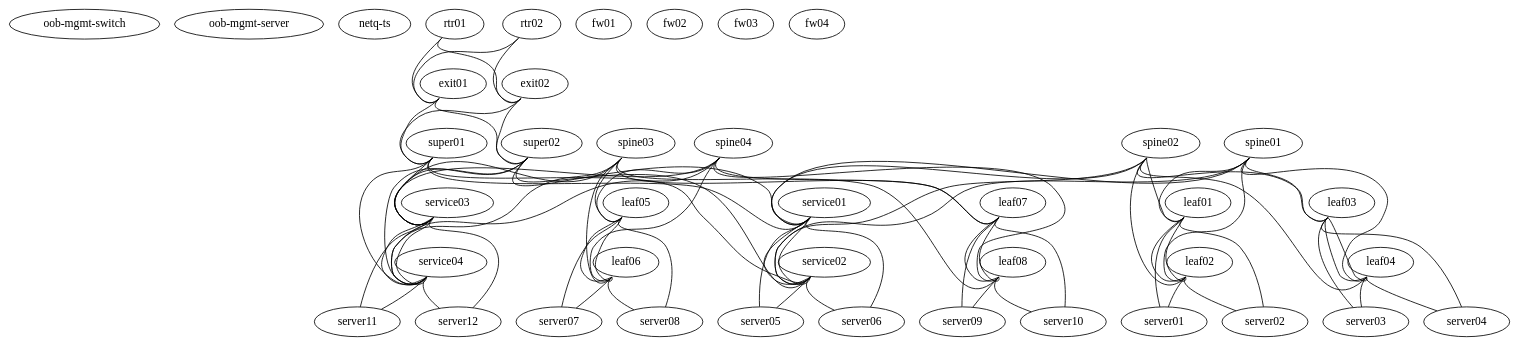
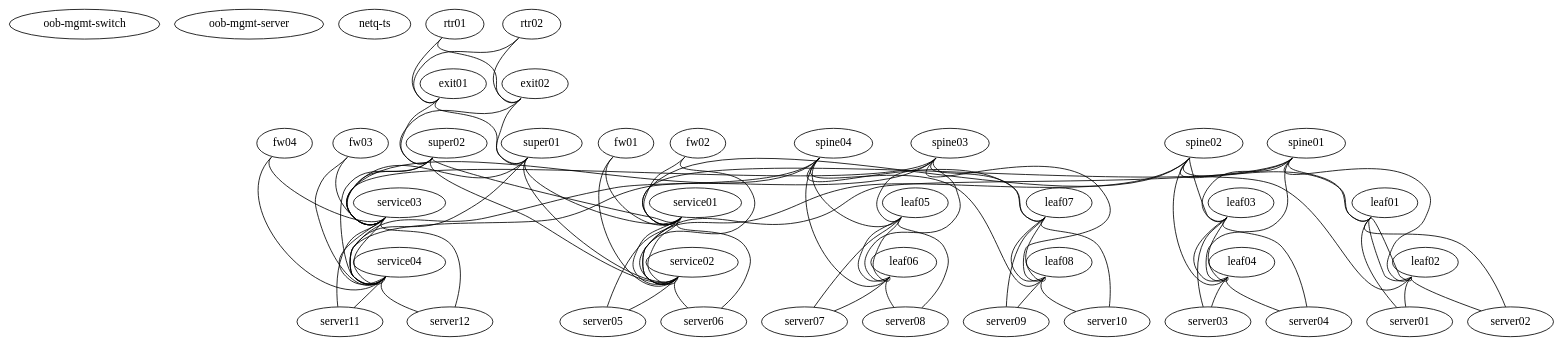
Before and after one commit to dsiunicaen/cl-piat: the diagram in vx-simulation/cl-piat.dot, drawn with Graphviz. The commit also changed 5 other files, not shown here.

```diff
--- a/vx-simulation/cl-piat.dot
+++ b/vx-simulation/cl-piat.dot
@@ -1,130 +1,140 @@
 graph dc {
    "oob-mgmt-switch"  [function="oob-switch" mgmt_ip="192.168.200.2"]
    "oob-mgmt-server"  [function="oob-server" mgmt_ip="192.168.200.1"]
    "netq-ts"   [function="host" mgmt_ip="192.168.200.250" memory="65535" os="cumulus/ts"]
 
    "rtr01"  [function="exit"]
    "rtr02"  [function="exit"]
    "exit01"  [function="exit"]
    "exit02"  [function="exit"]
    "super01"  [function="spine"]
    "super02" [function="spine"]
    "spine01" [function="spine"]
    "spine02" [function="spine"]
    "spine03" [function="spine"]
    "spine04" [function="spine"]
    "fw01" [function="leaf"]
    "fw02" [function="leaf"]
    "fw03" [function="leaf"]
    "fw04" [function="leaf"]
    "leaf01" [function="leaf"]
    "leaf02" [function="leaf"]
    "leaf03" [function="leaf"]
    "leaf04" [function="leaf"]
    "leaf05" [function="leaf"]
    "leaf06" [function="leaf"]
    "leaf07" [function="leaf"]
    "leaf08" [function="leaf"]
    "service01" [function="exit"]
    "service02" [function="exit"]
    "service03" [function="exit"]
    "service04" [function="exit"]
    
    "server01" [function="host" os="generic/ubuntu1804"]
    "server02" [function="host" os="generic/ubuntu1804"]
    "server03" [function="host" os="generic/ubuntu1804"]
    "server04" [function="host" os="generic/ubuntu1804"]
    "server05" [function="host" os="generic/ubuntu1804"]
    "server06" [function="host" os="generic/ubuntu1804"]
    "server07" [function="host" os="generic/ubuntu1804"]
    "server08" [function="host" os="generic/ubuntu1804"]
    "server09" [function="host" os="generic/ubuntu1804"]
    "server10" [function="host" os="generic/ubuntu1804"]
    "server11" [function="host" os="generic/ubuntu1804"]
    "server12" [function="host" os="generic/ubuntu1804"]
 
-   "rtr01":"swp1" -- "exit01":"swp49"
-   "rtr02":"swp1" -- "exit01":"swp50"
-   "rtr01":"swp2" -- "exit02":"swp49"
-   "rtr02":"swp2" -- "exit02":"swp50"
+   "rtr01":"swp1" -- "exit01":"swp3"
+   "rtr02":"swp1" -- "exit01":"swp4"
+   "rtr01":"swp2" -- "exit02":"swp3"
+   "rtr02":"swp2" -- "exit02":"swp4"
    
-   "exit01":"swp1" -- "super01":"swp49"
-   "exit02":"swp1" -- "super01":"swp50"
-   "exit01":"swp2" -- "super02":"swp49"
-   "exit02":"swp2" -- "super02":"swp50"
+   "exit01":"swp1" -- "super01":"swp6"
+   "exit02":"swp1" -- "super01":"swp7"
+   "exit01":"swp2" -- "super02":"swp6"
+   "exit02":"swp2" -- "super02":"swp7"
    
-   "super01":"swp1" -- "service01":"swp51"
-   "super02":"swp1" -- "service01":"swp52"
-   "super01":"swp2" -- "service02":"swp51"
-   "super02":"swp2" -- "service02":"swp52"
-   "super01":"swp3" -- "service03":"swp51"
-   "super02":"swp3" -- "service03":"swp52"
-   "super01":"swp4" -- "service04":"swp51"
-   "super02":"swp4" -- "service04":"swp52"
+   "super01":"swp1" -- "service01":"swp53"
+   "super02":"swp1" -- "service01":"swp54"
+   "super01":"swp2" -- "service02":"swp53"
+   "super02":"swp2" -- "service02":"swp54"
+   "super01":"swp3" -- "service03":"swp53"
+   "super02":"swp3" -- "service03":"swp54"
+   "super01":"swp4" -- "service04":"swp53"
+   "super02":"swp4" -- "service04":"swp54"
 
-   "spine01":"swp1" -- "leaf01":"swp49"
-   "spine02":"swp1" -- "leaf01":"swp50"
-   "spine01":"swp2" -- "leaf02":"swp49"
-   "spine02":"swp2" -- "leaf02":"swp50"
-   "spine01":"swp3" -- "leaf03":"swp49"
-   "spine02":"swp3" -- "leaf03":"swp50"
-   "spine01":"swp4" -- "leaf04":"swp49"
-   "spine02":"swp4" -- "leaf04":"swp50"
-   "spine01":"swp5" -- "service01":"swp49"
-   "spine02":"swp5" -- "service01":"swp50"
-   "spine01":"swp6" -- "service02":"swp49"
-   "spine02":"swp6" -- "service02":"swp50"
+   "spine01":"swp1" -- "leaf01":"swp51"
+   "spine02":"swp1" -- "leaf01":"swp52"
+   "spine01":"swp2" -- "leaf02":"swp51"
+   "spine02":"swp2" -- "leaf02":"swp52"
+   "spine01":"swp3" -- "leaf03":"swp51"
+   "spine02":"swp3" -- "leaf03":"swp52"
+   "spine01":"swp4" -- "leaf04":"swp51"
+   "spine02":"swp4" -- "leaf04":"swp52"
+   "spine01":"swp5" -- "service01":"swp51"
+   "spine02":"swp5" -- "service01":"swp52"
+   "spine01":"swp6" -- "service02":"swp51"
+   "spine02":"swp6" -- "service02":"swp52"
+
+   "fw01":"swp1" -- "service01":"swp3"
+   "fw02":"swp1" -- "service01":"swp4"
+   "fw01":"swp2" -- "service02":"swp3"
+   "fw02":"swp2" -- "service02":"swp4"
 
    "leaf01":"swp1" -- "server01":"eth1"
    "leaf02":"swp1" -- "server01":"eth2"
    "leaf01":"swp2" -- "server02":"eth1"
    "leaf02":"swp2" -- "server02":"eth2"
    "leaf03":"swp1" -- "server03":"eth1"
    "leaf04":"swp1" -- "server03":"eth2"
    "leaf03":"swp2" -- "server04":"eth1"
    "leaf04":"swp2" -- "server04":"eth2"
    "service01":"swp1" -- "server05":"eth1"
    "service02":"swp1" -- "server05":"eth2"
    "service01":"swp2" -- "server06":"eth1"
    "service02":"swp2" -- "server06":"eth2"
 
-   "leaf01":"swp20" -- "leaf02":"swp20"
-   "leaf01":"swp21" -- "leaf02":"swp21"
-   "leaf03":"swp20" -- "leaf04":"swp20"
-   "leaf03":"swp21" -- "leaf04":"swp21"
-   "service01":"swp20" -- "service02":"swp20"
-   "service01":"swp21" -- "service02":"swp21"
+   "leaf01":"swp49" -- "leaf02":"swp49"
+   "leaf01":"swp50" -- "leaf02":"swp50"
+   "leaf03":"swp49" -- "leaf04":"swp49"
+   "leaf03":"swp50" -- "leaf04":"swp50"
+   "service01":"swp49" -- "service02":"swp49"
+   "service01":"swp50" -- "service02":"swp50"
 
-   "spine03":"swp1" -- "leaf05":"swp49"
-   "spine04":"swp1" -- "leaf05":"swp50"
-   "spine03":"swp2" -- "leaf06":"swp49"
-   "spine04":"swp2" -- "leaf06":"swp50"
-   "spine03":"swp3" -- "leaf07":"swp49"
-   "spine04":"swp3" -- "leaf07":"swp50"
-   "spine03":"swp4" -- "leaf08":"swp49"
-   "spine04":"swp4" -- "leaf08":"swp50"
-   "spine03":"swp5" -- "service03":"swp49"
-   "spine04":"swp5" -- "service03":"swp50"
-   "spine03":"swp6" -- "service04":"swp49"
-   "spine04":"swp6" -- "service04":"swp50"
+   "spine03":"swp1" -- "leaf05":"swp51"
+   "spine04":"swp1" -- "leaf05":"swp52"
+   "spine03":"swp2" -- "leaf06":"swp51"
+   "spine04":"swp2" -- "leaf06":"swp52"
+   "spine03":"swp3" -- "leaf07":"swp51"
+   "spine04":"swp3" -- "leaf07":"swp52"
+   "spine03":"swp4" -- "leaf08":"swp51"
+   "spine04":"swp4" -- "leaf08":"swp52"
+   "spine03":"swp5" -- "service03":"swp51"
+   "spine04":"swp5" -- "service03":"swp52"
+   "spine03":"swp6" -- "service04":"swp51"
+   "spine04":"swp6" -- "service04":"swp52"
+
+   "fw03":"swp1" -- "service03":"swp3"
+   "fw04":"swp1" -- "service03":"swp4"
+   "fw03":"swp2" -- "service04":"swp3"
+   "fw04":"swp2" -- "service04":"swp4"
 
    "leaf05":"swp1" -- "server07":"eth1"
    "leaf06":"swp1" -- "server07":"eth2"
    "leaf05":"swp2" -- "server08":"eth1"
    "leaf06":"swp2" -- "server08":"eth2"
    "leaf07":"swp1" -- "server09":"eth1"
    "leaf08":"swp1" -- "server09":"eth2"
    "leaf07":"swp2" -- "server10":"eth1"
    "leaf08":"swp2" -- "server10":"eth2"
    "service03":"swp1" -- "server11":"eth1"
    "service04":"swp1" -- "server11":"eth2"
    "service03":"swp2" -- "server12":"eth1"
    "service04":"swp2" -- "server12":"eth2"
 
-   "leaf05":"swp20" -- "leaf06":"swp20"
-   "leaf05":"swp21" -- "leaf06":"swp21"
-   "leaf07":"swp20" -- "leaf08":"swp20"
-   "leaf07":"swp21" -- "leaf08":"swp21"
-   "service03":"swp20" -- "service04":"swp20"
-   "service03":"swp21" -- "service04":"swp21"
+   "leaf05":"swp49" -- "leaf06":"swp49"
+   "leaf05":"swp50" -- "leaf06":"swp50"
+   "leaf07":"swp49" -- "leaf08":"swp49"
+   "leaf07":"swp50" -- "leaf08":"swp50"
+   "service03":"swp49" -- "service04":"swp49"
+   "service03":"swp50" -- "service04":"swp50"
 }
```
